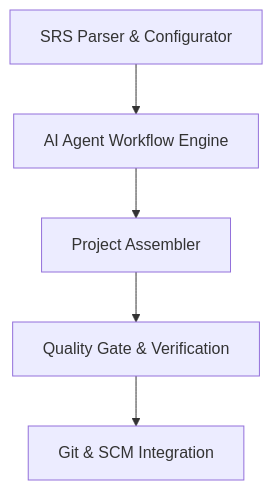
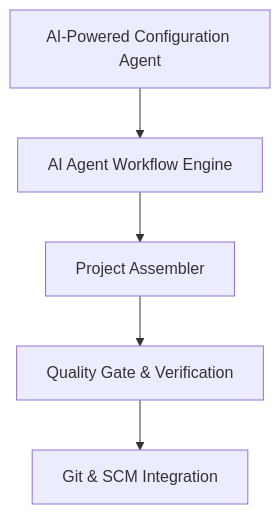
The first of 3 diagrams in AdkSdlcWorkflow_Design_Document.md (msn5566/ADKFramework), drawn with Mermaid before and after one commit. The commit also changed other lines of this file and 1 other file, not shown here.

````diff
--- a/AdkSdlcWorkflow_Design_Document.md
+++ b/AdkSdlcWorkflow_Design_Document.md
@@ -15,9 +15,9 @@
 ```mermaid
 graph TD
-    A["SRS Parser & Configurator"] --> B["AI Agent Workflow Engine"];
+    A["AI-Powered Configuration Agent"] --> B["AI Agent Workflow Engine"];
     B --> C["Project Assembler"];
     C --> D["Quality Gate & Verification"];
     D --> E["Git & SCM Integration"];
     
 
 ```
````
